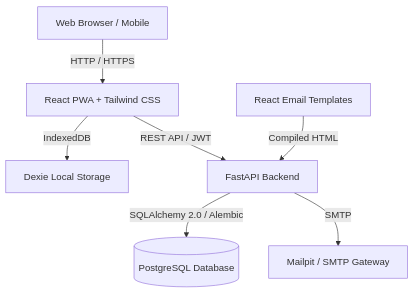
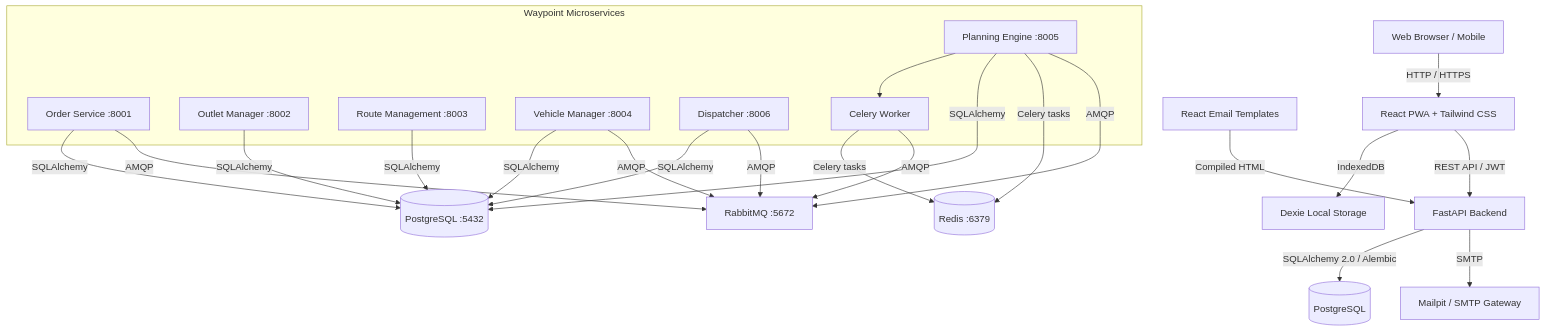
One commit to Curl-X-Tech/curlx_retrails changed the diagram in README.md. Above: the diagram before and after it, drawn with Mermaid. The commit also changed other lines of this file and 121 other files, not shown here.

Commit message:
feat: add backend microservices

````diff
--- a/README.md
+++ b/README.md
@@ -50,9 +50,23 @@
 ```mermaid
 graph TD
     Client[Web Browser / Mobile] -->|HTTP / HTTPS| Frontend[React PWA + Tailwind CSS]
     Frontend -->|IndexedDB| Dexie[Dexie Local Storage]
     Frontend -->|REST API / JWT| Backend[FastAPI Backend]
-    Backend -->|SQLAlchemy 2.0 / Alembic| DB[(PostgreSQL Database)]
+    Backend -->|SQLAlchemy 2.0 / Alembic| DB[(PostgreSQL)]
     Backend -->|SMTP| Mailer[Mailpit / SMTP Gateway]
     Emails[React Email Templates] -->|Compiled HTML| Backend
+
+    subgraph Waypoint Microservices
+        OrderSvc[Order Service :8001]
+        OutletSvc[Outlet Manager :8002]
+        RouteSvc[Route Management :8003]
+        VehicleSvc[Vehicle Manager :8004]
+        PlanningSvc[Planning Engine :8005]
+        DispatchSvc[Dispatcher :8006]
+        PlanningSvc --> CeleryWorker[Celery Worker]
+    end
+
+    OrderSvc & OutletSvc & RouteSvc & VehicleSvc & PlanningSvc & DispatchSvc -->|SQLAlchemy| PGDB[(PostgreSQL :5432)]
+    PlanningSvc & CeleryWorker -->|Celery tasks| Redis[(Redis :6379)]
+    OrderSvc & VehicleSvc & PlanningSvc & DispatchSvc & CeleryWorker -->|AMQP| RabbitMQ[RabbitMQ :5672]
 ```
````
